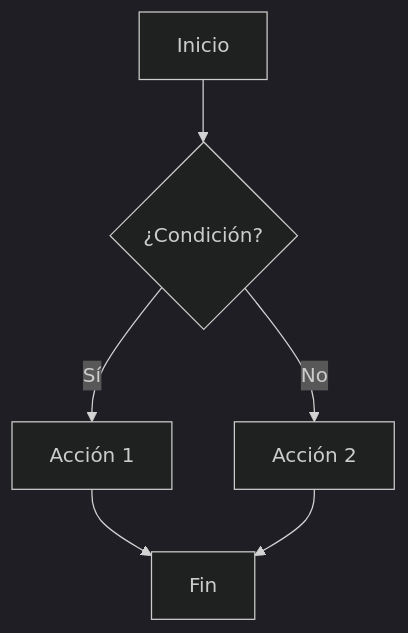
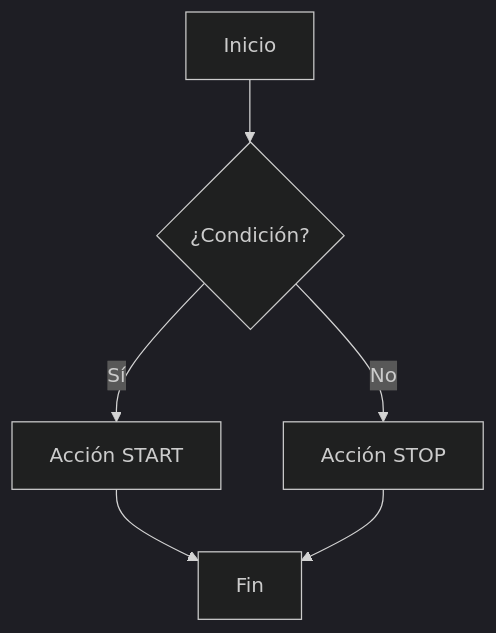
Before and after one commit to xntinl/infra: the first of 2 diagrams in Presentacion/Obsidian.md, drawn with Mermaid (dark theme). The commit also changed other lines of this file and 8598 other files, not shown here.

````diff
--- a/Presentacion/Obsidian.md
+++ b/Presentacion/Obsidian.md
@@ -471,15 +352,15 @@
 ```mermaid
 
 flowchart TD
 
 A[Inicio] --> B{¿Condición?}
 
-B -->|Sí| C[Acción 1]
+B -->|Sí| C[Acción START]
 
-B -->|No| D[Acción 2]
+B -->|No| D[Acción STOP]
 
 C --> E[Fin]
 
 D --> E
 
 ```
````
